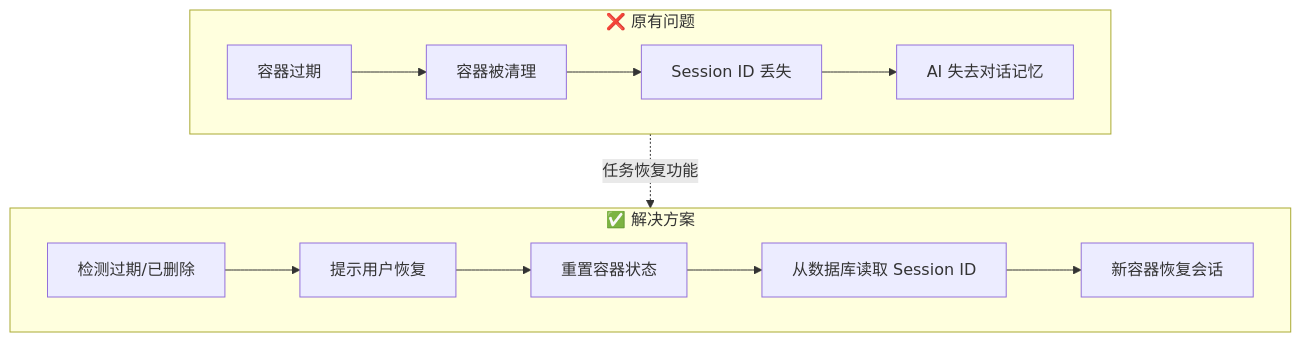
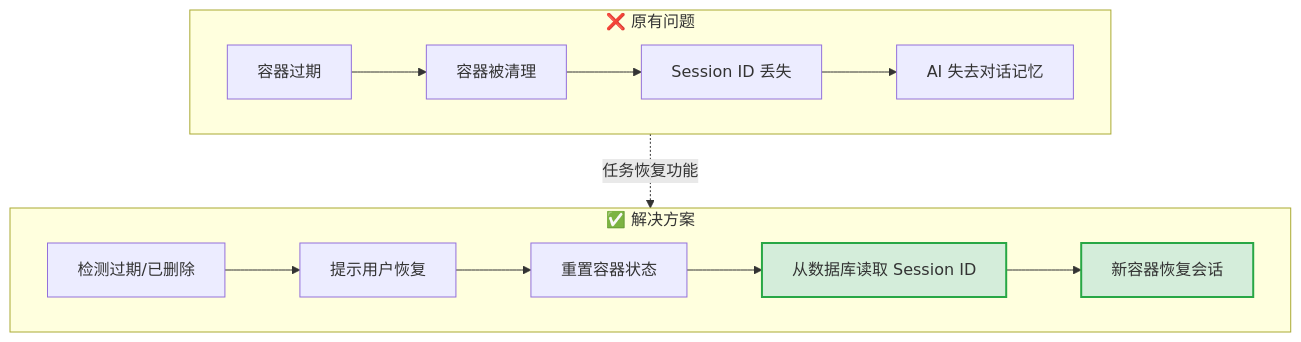
One commit to sunnights/Wegent changed the first of 8 diagrams in docs/zh/features/task-restore.md. Above: the diagram before and after it, drawn with Mermaid. The commit also changed other lines of this file and 1 other file, not shown here.

First line of the commit message:
docs: highlight new features in Mermaid diagrams with green styling

````diff
--- a/docs/zh/features/task-restore.md
+++ b/docs/zh/features/task-restore.md
@@ -23,17 +23,19 @@
 ```mermaid
 flowchart TB
     subgraph 问题["❌ 原有问题"]
         A[容器过期] --> B[容器被清理]
         B --> C[Session ID 丢失]
         C --> D[AI 失去对话记忆]
     end
 
     subgraph 方案["✅ 解决方案"]
         E[检测过期/已删除] --> F[提示用户恢复]
         F --> G[重置容器状态]
-        G --> H[从数据库读取 Session ID]
-        H --> I[新容器恢复会话]
+        G --> H[从数据库读取 Session ID]:::new
+        H --> I[新容器恢复会话]:::new
     end
 
     问题 -.->|任务恢复功能| 方案
+
+    classDef new fill:#d4edda,stroke:#28a745,stroke-width:2px
 ```
````
